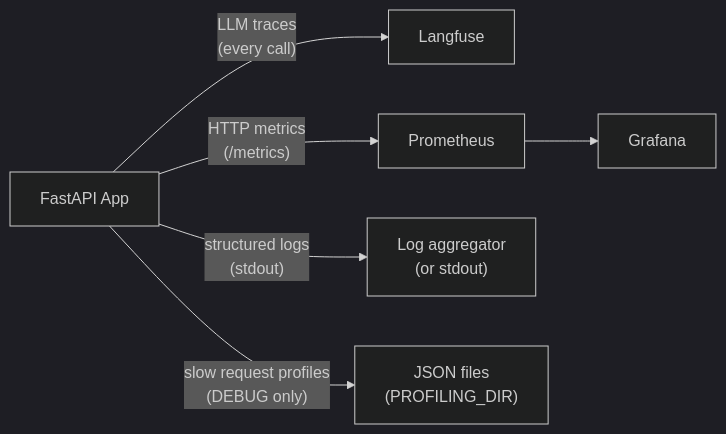
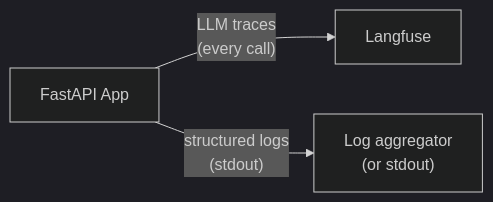
One commit to sebytremblay/mirenta-backend changed the diagram in docs/observability.md. Above: the diagram before and after it, drawn with Mermaid (dark theme). The commit also changed other lines of this file and 124 other files, not shown here.

````diff
--- a/docs/observability.md
+++ b/docs/observability.md
@@ -5,10 +5,7 @@
 ```mermaid
 graph LR
     App["FastAPI App"]
 
     App -->|"LLM traces\n(every call)"| Langfuse
-    App -->|"HTTP metrics\n(/metrics)"| Prometheus
-    Prometheus --> Grafana
     App -->|"structured logs\n(stdout)"| Logs["Log aggregator\n(or stdout)"]
-    App -->|"slow request profiles\n(DEBUG only)"| Profiles["JSON files\n(PROFILING_DIR)"]
 ```
````
